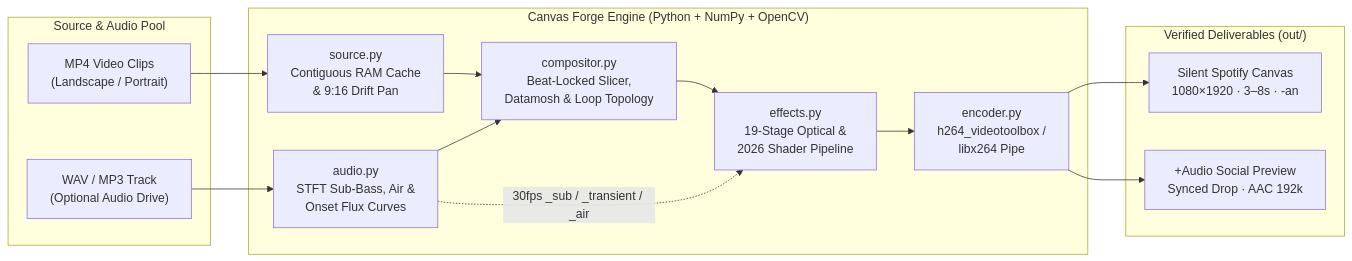
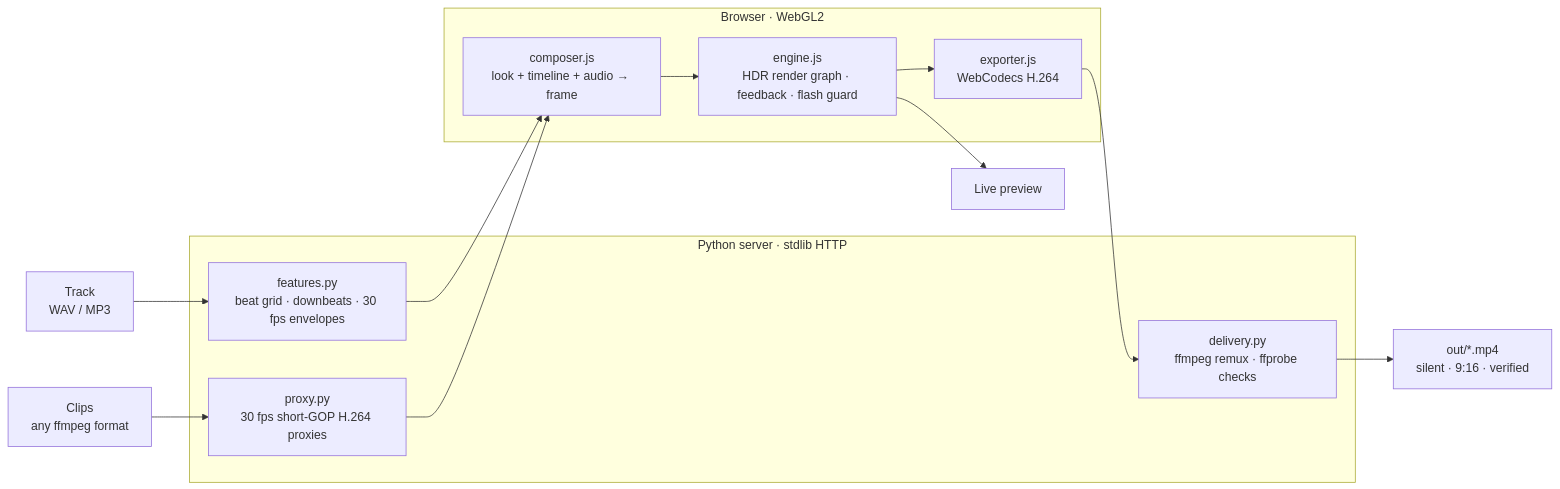
Before and after one commit to J-Reed700/canvas: the diagram in README.md, drawn with Mermaid. The commit also changed other lines of this file and 29 other files, not shown here.

First line of the commit message:
feat: Canvas Forge v4 — real-time WebGL2 GPU studio

````diff
--- a/README.md
+++ b/README.md
@@ -62,28 +163,22 @@
 ```mermaid
 flowchart LR
-    subgraph Inputs["Source & Audio Pool"]
-        V["MP4 Video Clips\n(Landscape / Portrait)"]
-        A["WAV / MP3 Track\n(Optional Audio Drive)"]
+    A["Track<br/>WAV / MP3"] --> F
+    V["Clips<br/>any ffmpeg format"] --> P
+
+    subgraph Server["Python server · stdlib HTTP"]
+        F["features.py<br/>beat grid · downbeats · 30 fps envelopes"]
+        P["proxy.py<br/>30 fps short-GOP H.264 proxies"]
+        D["delivery.py<br/>ffmpeg remux · ffprobe checks"]
     end
 
-    subgraph Core["Canvas Forge Engine (Python + NumPy + OpenCV)"]
-        S["source.py\nContiguous RAM Cache\n& 9:16 Drift Pan"]
-        F["audio.py\nSTFT Sub-Bass, Air &\nOnset Flux Curves"]
-        C["compositor.py\nBeat-Locked Slicer,\nDatamosh & Loop Topology"]
-        E["effects.py\n19-Stage Optical &\n2026 Shader Pipeline"]
-        ENC["encoder.py\nh264_videotoolbox /\nlibx264 Pipe"]
+    subgraph Studio["Browser · WebGL2"]
+        C["composer.js<br/>look + timeline + audio → frame"]
+        E["engine.js<br/>HDR render graph · feedback · flash guard"]
+        X["exporter.js<br/>WebCodecs H.264"]
     end
 
-    subgraph Outputs["Verified Deliverables (out/)"]
-        OUT1["Silent Spotify Canvas\n1080×1920 · 3–8s · -an"]
-        OUT2["+Audio Social Preview\nSynced Drop · AAC 192k"]
-    end
-
-    V --> S --> C
-    A --> F --> C
-    C --> E
-    F -. "30fps _sub / _transient / _air" .-> E
-    E --> ENC
-    ENC --> OUT1
-    ENC --> OUT2
+    F --> C
+    P --> C
+    C --> E --> L["Live preview"]
+    E --> X --> D --> O["out/*.mp4<br/>silent · 9:16 · verified"]
 ```
````
